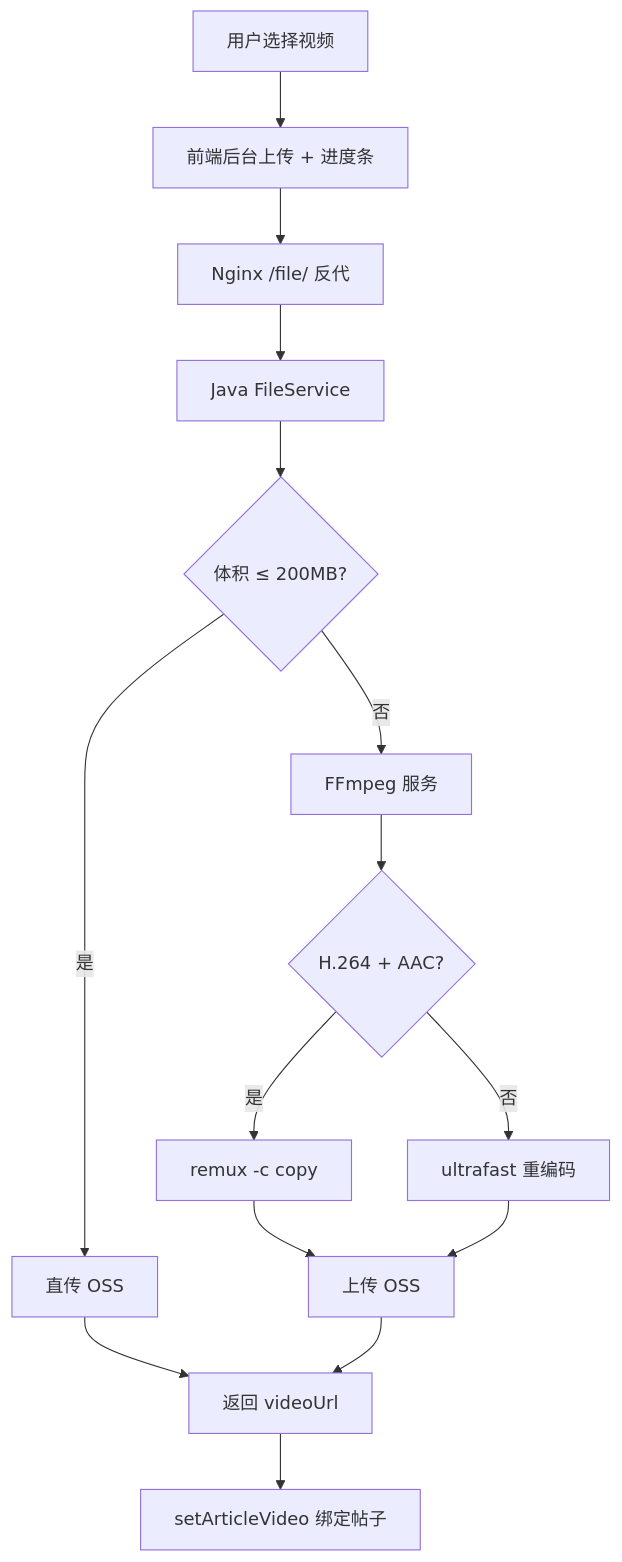
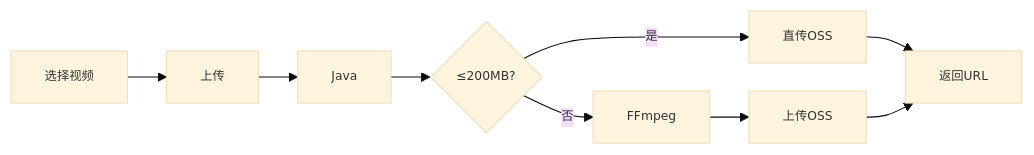
The eighth of 22 diagrams in README.md (pluchon/mengmeng_forum), drawn with Mermaid before and after one commit. The commit also changed other lines of this file and 2 other files, not shown here.

````diff
--- a/README.md
+++ b/README.md
@@ -477,17 +345,12 @@
 ```mermaid
-flowchart TD
-  U[用户选择视频] --> FE[前端后台上传 + 进度条]
-  FE --> NG[Nginx /file/ 反代]
-  NG --> J[Java FileService]
-  J --> S{体积 ≤ 200MB?}
-  S -->|是| OSS1[直传 OSS]
-  S -->|否| FF[FFmpeg 服务]
-  FF --> M{H.264 + AAC?}
-  M -->|是| R[remux -c copy]
-  M -->|否| E[ultrafast 重编码]
-  R --> OSS2[上传 OSS]
-  E --> OSS2
-  OSS1 --> URL[返回 videoUrl]
+%%{init: {'theme':'base', 'themeVariables': {'fontSize':'11px'}, 'flowchart': {'nodeSpacing': 25, 'rankSpacing': 35}}}%%
+flowchart LR
+  U[选择视频] --> FE[上传]
+  FE --> J[Java]
+  J --> S{≤200MB?}
+  S -->|是| OSS1[直传OSS]
+  S -->|否| FF[FFmpeg]
+  FF --> OSS2[上传OSS]
+  OSS1 --> URL[返回URL]
   OSS2 --> URL
-  URL --> BIND[setArticleVideo 绑定帖子]
 ```
````
